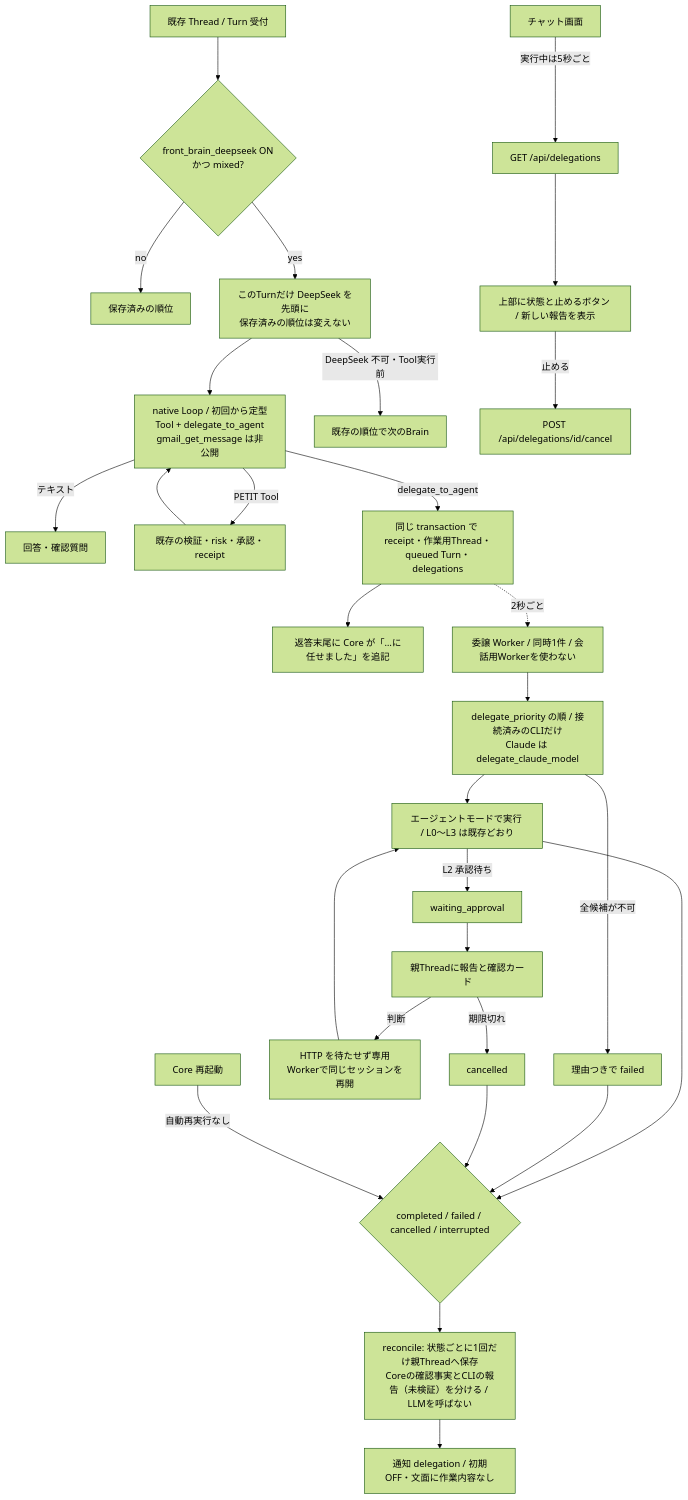
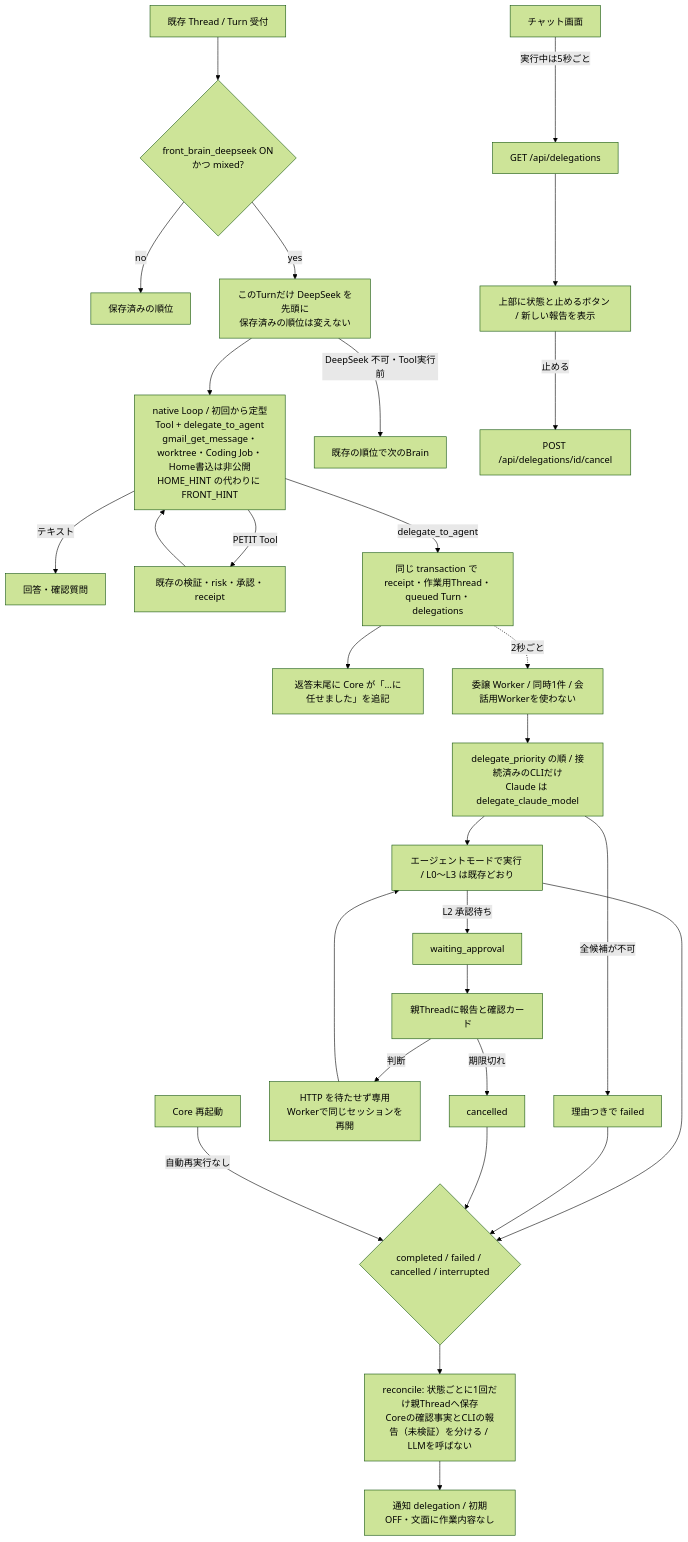
The second of 38 diagrams in docs/runtime-flows.md (Soso2e/PETIT), drawn with Mermaid (forest theme) before and after one commit. The commit also changed 16 other files, not shown here.

````diff
--- a/docs/runtime-flows.md
+++ b/docs/runtime-flows.md
@@ -35,31 +35,31 @@
 ```mermaid
 flowchart TD
     Turn[既存 Thread / Turn 受付] --> Order{front_brain_deepseek ON<br/>かつ mixed?}
     Order -->|no| Saved[保存済みの順位]
     Order -->|yes| Front[このTurnだけ DeepSeek を先頭に<br/>保存済みの順位は変えない]
-    Front --> Native[native Loop / 初回から定型Tool + delegate_to_agent<br/>gmail_get_message は非公開]
+    Front --> Native[native Loop / 初回から定型Tool + delegate_to_agent<br/>gmail_get_message・worktree・Coding Job・Home書込は非公開<br/>HOME_HINT の代わりに FRONT_HINT]
     Front -->|DeepSeek 不可・Tool実行前| Fallback[既存の順位で次のBrain]
     Native -->|テキスト| Reply[回答・確認質問]
     Native -->|PETIT Tool| Gate[既存の検証・risk・承認・receipt]
     Gate --> Native
     Native -->|delegate_to_agent| Create[同じ transaction で receipt・作業用Thread・queued Turn・delegations]
     Create --> Notice[返答末尾に Core が「…に任せました」を追記]
     Create -.->|2秒ごと| Worker[委譲 Worker / 同時1件 / 会話用Workerを使わない]
     Worker --> Pick[delegate_priority の順 / 接続済みのCLIだけ<br/>Claude は delegate_claude_model]
     Pick --> Agent[エージェントモードで実行 / L0〜L3 は既存どおり]
     Pick -->|全候補が不可| Fail[理由つきで failed]
     Agent -->|L2 承認待ち| Wait[waiting_approval]
     Wait --> Parent[親Threadに報告と確認カード]
     Parent -->|判断| Resume[HTTP を待たせず専用Workerで同じセッションを再開]
     Resume --> Agent
     Parent -->|期限切れ| Cancelled[cancelled]
     Agent --> Done{completed / failed / cancelled / interrupted}
     Fail --> Done
     Cancelled --> Done
     Restart[Core 再起動] -->|自動再実行なし| Done
     Done --> Report[reconcile: 状態ごとに1回だけ親Threadへ保存<br/>Coreの確認事実とCLIの報告（未検証）を分ける / LLMを呼ばない]
     Report --> Notify[通知 delegation / 初期OFF・文面に作業内容なし]
     UI[チャット画面] -->|実行中は5秒ごと| Status[GET /api/delegations]
     Status --> Strip[上部に状態と止めるボタン / 新しい報告を表示]
     Strip -->|止める| Cancel[POST /api/delegations/id/cancel]
 ```
````
